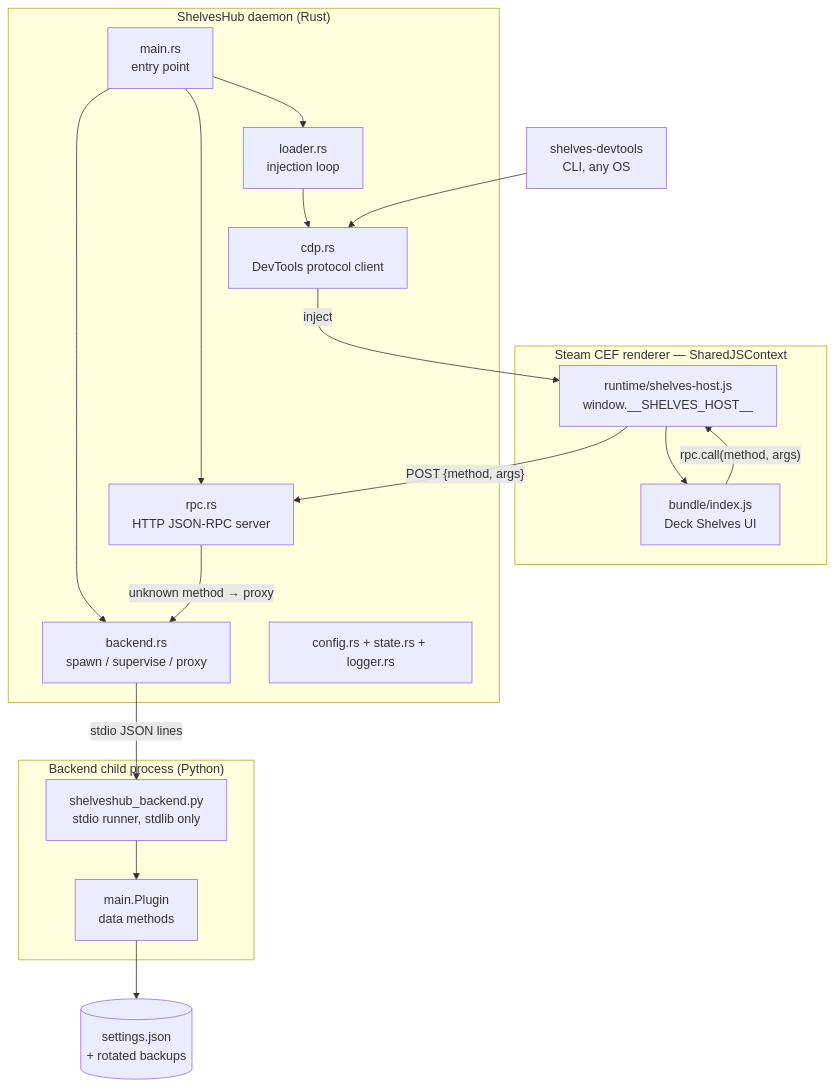
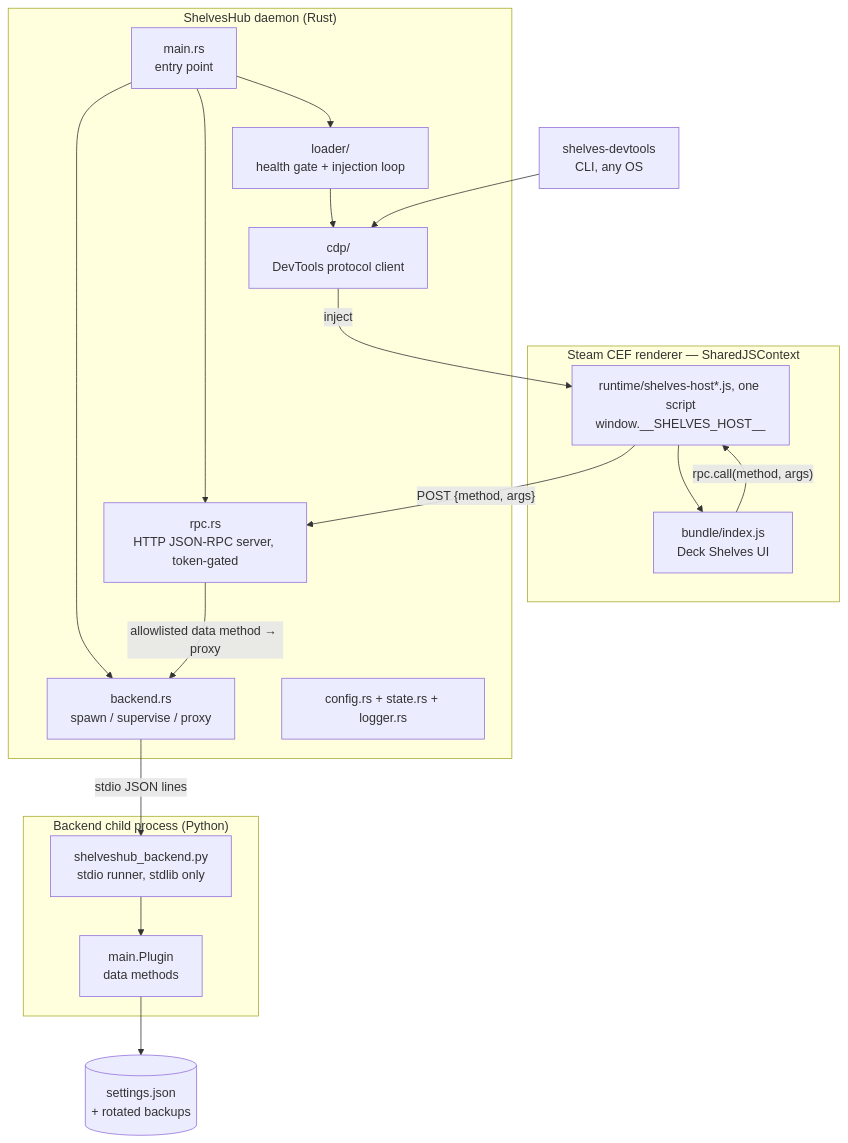
Before and after one commit to santojon/ShelvesHub: the second of 3 diagrams in docs/architecture.md, drawn with Mermaid. The commit also changed other lines of this file and 118 other files, not shown here.

````diff
--- a/docs/architecture.md
+++ b/docs/architecture.md
@@ -44,32 +44,32 @@
 ```mermaid
 flowchart TB
     subgraph renderer["Steam CEF renderer — SharedJSContext"]
-        hostruntime["runtime/shelves-host.js<br/>window.__SHELVES_HOST__"]
+        hostruntime["runtime/shelves-host*.js, one script<br/>window.__SHELVES_HOST__"]
         dsbundle["bundle/index.js<br/>Deck Shelves UI"]
     end
 
     subgraph daemon["ShelvesHub daemon (Rust)"]
         mainrs["main.rs<br/>entry point"]
-        loaderrs["loader.rs<br/>injection loop"]
-        cdprs["cdp.rs<br/>DevTools protocol client"]
-        rpcrs["rpc.rs<br/>HTTP JSON-RPC server"]
+        loaderrs["loader/<br/>health gate + injection loop"]
+        cdprs["cdp/<br/>DevTools protocol client"]
+        rpcrs["rpc.rs<br/>HTTP JSON-RPC server, token-gated"]
         backendrs["backend.rs<br/>spawn / supervise / proxy"]
         configrs["config.rs + state.rs + logger.rs"]
     end
 
     subgraph pyproc["Backend child process (Python)"]
         runner["shelveshub_backend.py<br/>stdio runner, stdlib only"]
         plugin["main.Plugin<br/>data methods"]
     end
 
     devtools["shelves-devtools<br/>CLI, any OS"]
     settings[("settings.json<br/>+ rotated backups")]
 
     mainrs --> loaderrs & rpcrs & backendrs
     loaderrs --> cdprs -->|"inject"| hostruntime --> dsbundle
     dsbundle -->|"rpc.call(method, args)"| hostruntime
     hostruntime -->|"POST {method, args}"| rpcrs
-    rpcrs -->|"unknown method → proxy"| backendrs
+    rpcrs -->|"allowlisted data method → proxy"| backendrs
     backendrs -->|"stdio JSON lines"| runner --> plugin --> settings
     devtools --> cdprs
 ```
````
